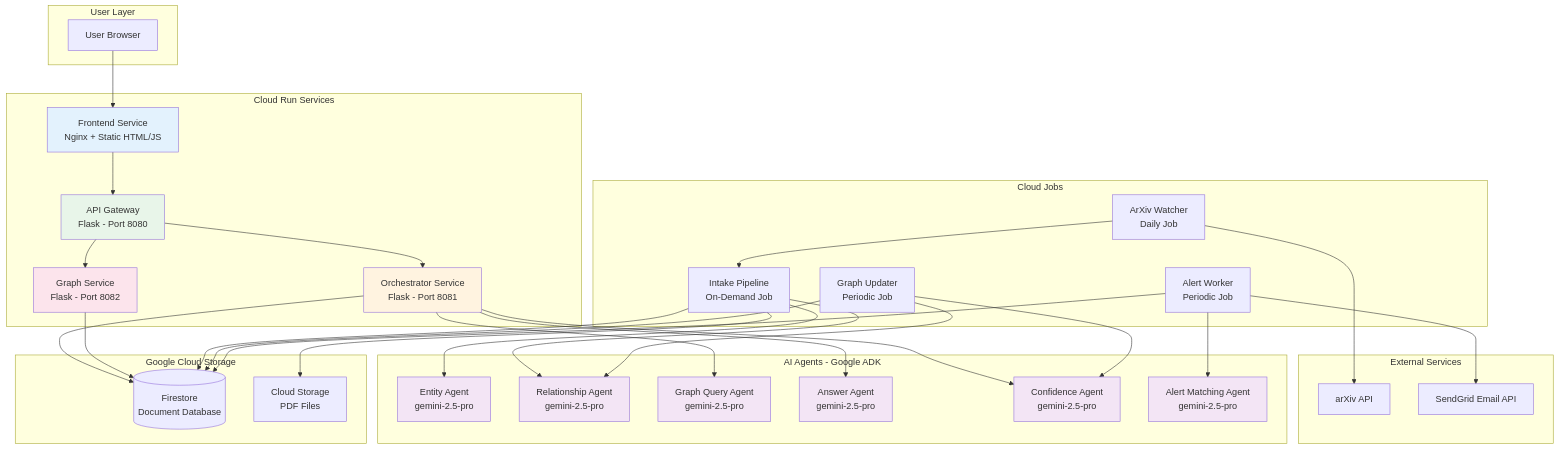
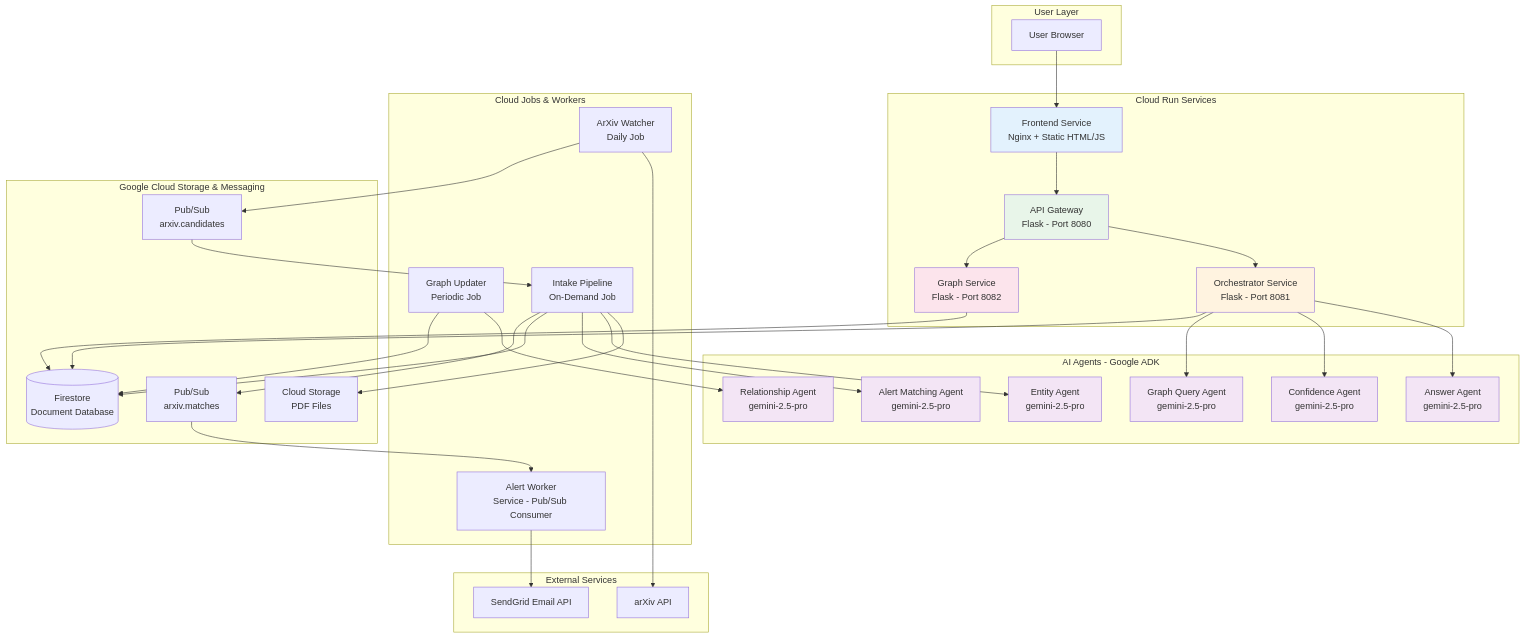
Before and after one commit to kar-ganap/research-intelligence-agents: the first of 8 diagrams in ARCHITECTURE.md, drawn with Mermaid. The commit also changed other lines of this file, not shown here.

First line of the commit message:
Fix critical errors in architecture diagrams

````diff
--- a/ARCHITECTURE.md
+++ b/ARCHITECTURE.md
@@ -9,78 +9,80 @@
 ```mermaid
 graph TB
     subgraph "User Layer"
         User[User Browser]
     end
 
     subgraph "Cloud Run Services"
         Frontend[Frontend Service<br/>Nginx + Static HTML/JS]
         APIGateway[API Gateway<br/>Flask - Port 8080]
         Orchestrator[Orchestrator Service<br/>Flask - Port 8081]
         GraphService[Graph Service<br/>Flask - Port 8082]
     end
 
-    subgraph "Cloud Jobs"
+    subgraph "Cloud Jobs & Workers"
         ArxivWatcher[ArXiv Watcher<br/>Daily Job]
         GraphUpdater[Graph Updater<br/>Periodic Job]
         IntakePipeline[Intake Pipeline<br/>On-Demand Job]
-        AlertWorker[Alert Worker<br/>Periodic Job]
+        AlertWorker[Alert Worker<br/>Service - Pub/Sub Consumer]
     end
 
-    subgraph "Google Cloud Storage"
+    subgraph "Google Cloud Storage & Messaging"
         Firestore[(Firestore<br/>Document Database)]
         CloudStorage[Cloud Storage<br/>PDF Files]
+        PubSubCandidates[Pub/Sub<br/>arxiv.candidates]
+        PubSubMatches[Pub/Sub<br/>arxiv.matches]
     end
 
     subgraph "AI Agents - Google ADK"
         EntityAgent[Entity Agent<br/>gemini-2.5-pro]
         RelAgent[Relationship Agent<br/>gemini-2.5-pro]
         GraphQueryAgent[Graph Query Agent<br/>gemini-2.5-pro]
         AnswerAgent[Answer Agent<br/>gemini-2.5-pro]
         ConfAgent[Confidence Agent<br/>gemini-2.5-pro]
         AlertAgent[Alert Matching Agent<br/>gemini-2.5-pro]
     end
 
     subgraph "External Services"
         ArxivAPI[arXiv API]
         SendGrid[SendGrid Email API]
     end
 
     User --> Frontend
     Frontend --> APIGateway
     APIGateway --> Orchestrator
     APIGateway --> GraphService
 
     Orchestrator --> AnswerAgent
     Orchestrator --> ConfAgent
     Orchestrator --> GraphQueryAgent
     Orchestrator --> Firestore
 
     GraphService --> Firestore
 
     ArxivWatcher --> ArxivAPI
-    ArxivWatcher --> IntakePipeline
+    ArxivWatcher --> PubSubCandidates
+    PubSubCandidates --> IntakePipeline
 
     IntakePipeline --> CloudStorage
     IntakePipeline --> EntityAgent
-    IntakePipeline --> RelAgent
+    IntakePipeline --> AlertAgent
     IntakePipeline --> Firestore
+    IntakePipeline --> PubSubMatches
 
     GraphUpdater --> RelAgent
-    GraphUpdater --> ConfAgent
     GraphUpdater --> Firestore
 
-    AlertWorker --> AlertAgent
-    AlertWorker --> Firestore
+    PubSubMatches --> AlertWorker
     AlertWorker --> SendGrid
 
     style Frontend fill:#e3f2fd
     style APIGateway fill:#e8f5e9
     style Orchestrator fill:#fff3e0
     style GraphService fill:#fce4ec
     style EntityAgent fill:#f3e5f5
     style RelAgent fill:#f3e5f5
     style GraphQueryAgent fill:#f3e5f5
     style AnswerAgent fill:#f3e5f5
     style ConfAgent fill:#f3e5f5
     style AlertAgent fill:#f3e5f5
 ```
````
